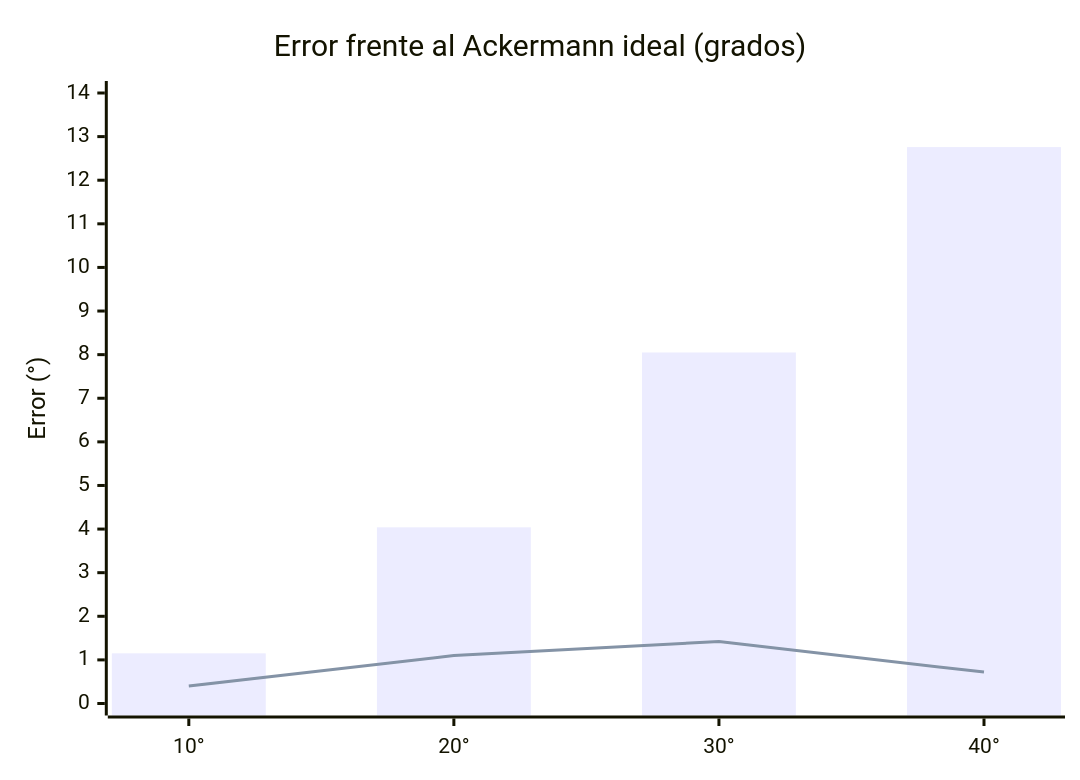
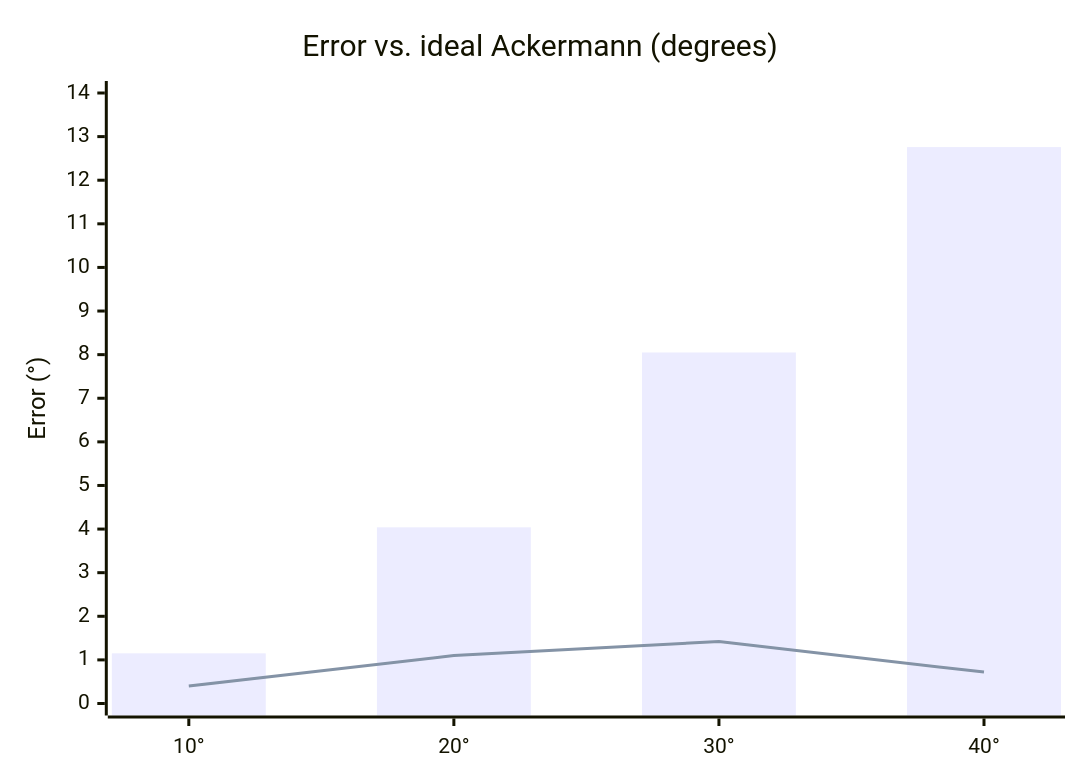
One commit to erchivox/Prometheus-Team-2026 changed the sixth of 18 diagrams in README.md. Above: the diagram before and after it, drawn with Mermaid. The commit also changed other lines of this file and 8 other files, not shown here.

````diff
--- a/README.md
+++ b/README.md
@@ -1032,8 +1032,8 @@
 ```mermaid
 xychart-beta
-    title "Error frente al Ackermann ideal (grados)"
+    title "Error vs. ideal Ackermann (degrees)"
     x-axis ["10°", "20°", "30°", "40°"]
     y-axis "Error (°)" 0 --> 14
     bar [1.15, 4.04, 8.05, 12.76]
     line [0.40, 1.10, 1.42, 0.72]
 ```
````
